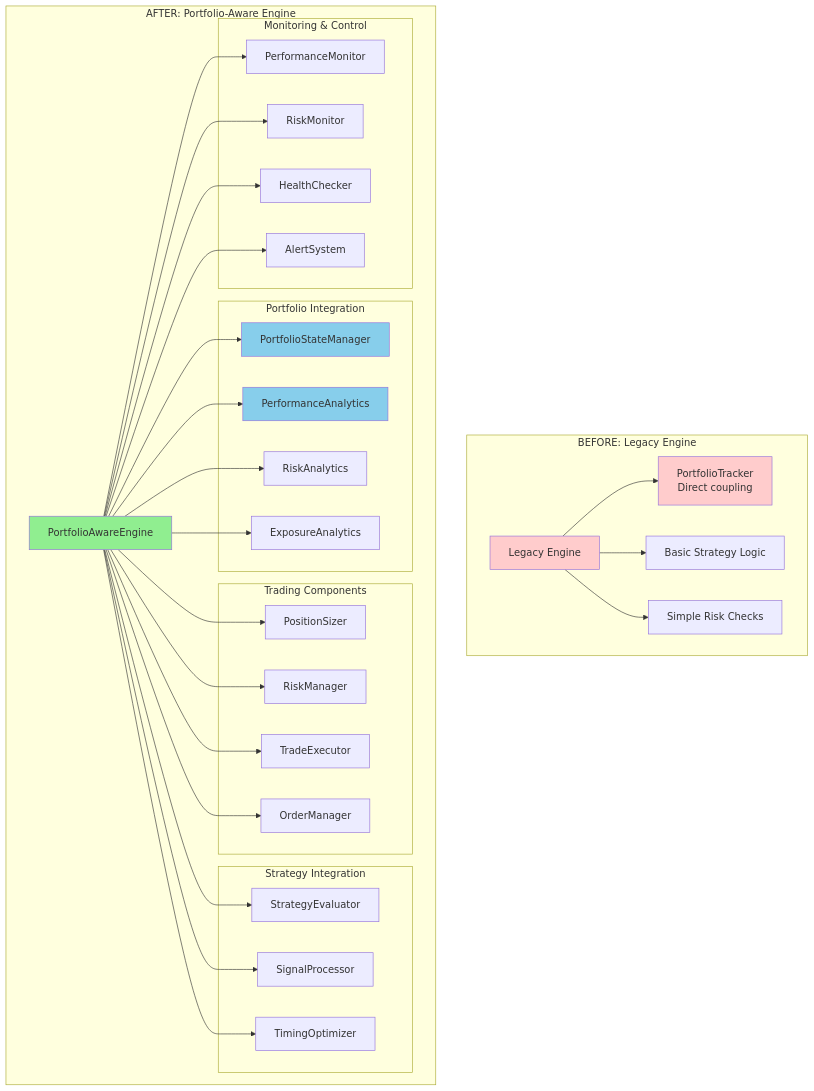
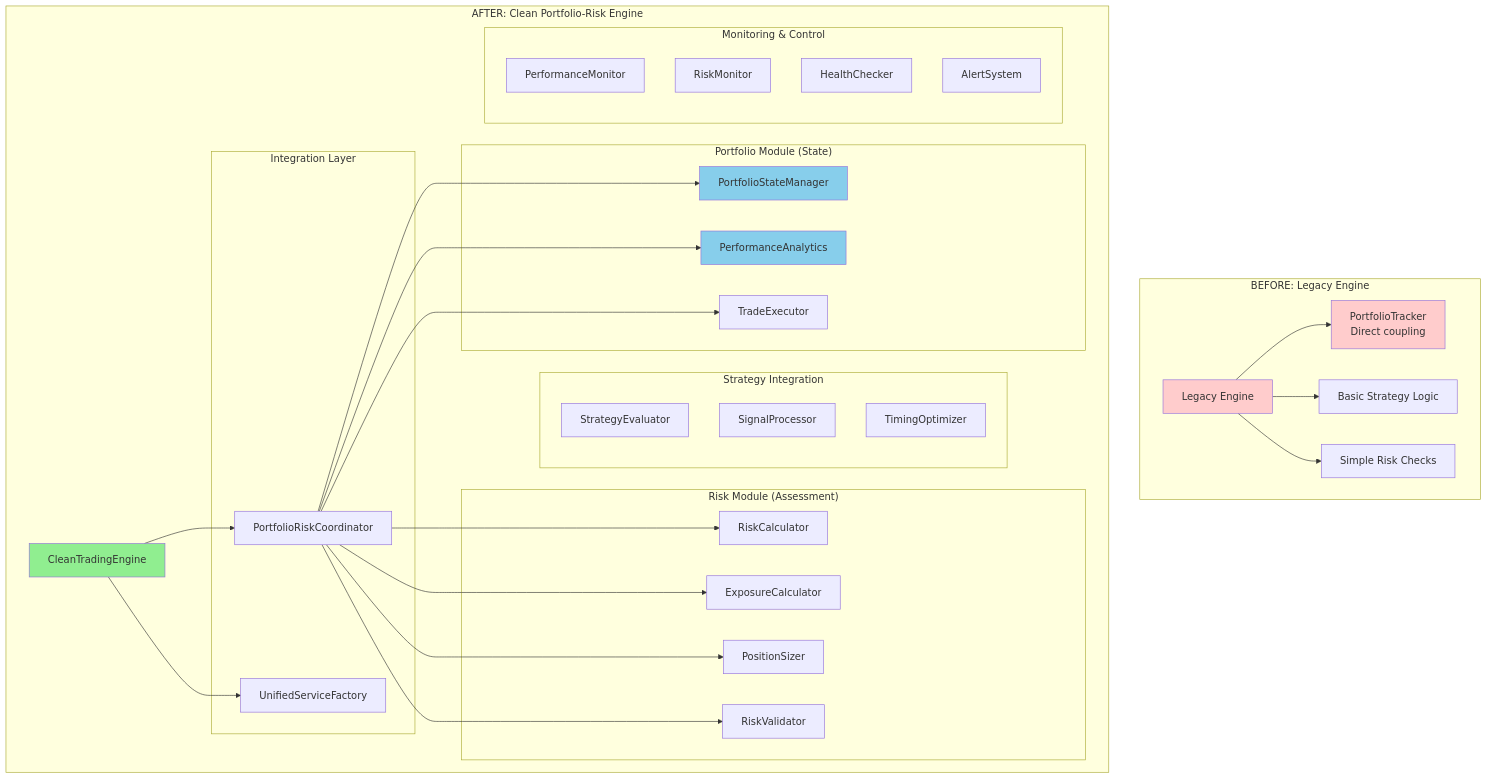
The diagram in workflow/portfolio_tracker_cleanup_refactor/week_05_engine_replacement.md (plataplomo/hummingbot), drawn with Mermaid before and after one commit. The commit also changed other lines of this file and 275 other files, not shown here.

First line of the commit message:
Refactor and enhance portfolio management system with modular architecture (#51)

````diff
--- a/workflow/portfolio_tracker_cleanup_refactor/week_05_engine_replacement.md
+++ b/workflow/portfolio_tracker_cleanup_refactor/week_05_engine_replacement.md
@@ -22,67 +22,66 @@
 ```mermaid
 graph TB
     subgraph "BEFORE: Legacy Engine"
         OLD_ENGINE[Legacy Engine]
         OLD_PT[PortfolioTracker<br/>Direct coupling]
         OLD_STRAT[Basic Strategy Logic]
         OLD_RISK[Simple Risk Checks]
 
         OLD_ENGINE --> OLD_PT
         OLD_ENGINE --> OLD_STRAT
         OLD_ENGINE --> OLD_RISK
 
         style OLD_ENGINE fill:#ffcccc
         style OLD_PT fill:#ffcccc
     end
 
-    subgraph "AFTER: Portfolio-Aware Engine"
-        NEW_ENGINE[PortfolioAwareEngine]
+    subgraph "AFTER: Clean Portfolio-Risk Engine"
+        NEW_ENGINE[CleanTradingEngine]
 
-        subgraph "Portfolio Integration"
+        subgraph "Integration Layer"
+            COORDINATOR[PortfolioRiskCoordinator]
+            UNIFIED_FACTORY[UnifiedServiceFactory]
+        end
+
+        subgraph "Portfolio Module (State)"
             PSM[PortfolioStateManager]
             PERF[PerformanceAnalytics]
-            RISK_A[RiskAnalytics]
-            EXP[ExposureAnalytics]
+            TRADE_EXEC[TradeExecutor]
         end
 
-        subgraph "Trading Components"
+        subgraph "Risk Module (Assessment)"
+            RISK_CALC[RiskCalculator]
+            EXP_CALC[ExposureCalculator]
             POS_SIZER[PositionSizer]
-            RISK_MGR[RiskManager]
-            TRADE_EXEC[TradeExecutor]
-            ORDER_MGR[OrderManager]
+            RISK_VAL[RiskValidator]
         end
 
         subgraph "Strategy Integration"
             STRAT_EVAL[StrategyEvaluator]
             SIGNAL_PROC[SignalProcessor]
             TIMING[TimingOptimizer]
         end
 
         subgraph "Monitoring & Control"
             PERF_MON[PerformanceMonitor]
             RISK_MON[RiskMonitor]
             HEALTH[HealthChecker]
             ALERTS[AlertSystem]
         end
 
-        NEW_ENGINE --> PSM
-        NEW_ENGINE --> PERF
-        NEW_ENGINE --> RISK_A
-        NEW_ENGINE --> EXP
-        NEW_ENGINE --> POS_SIZER
-        NEW_ENGINE --> RISK_MGR
-        NEW_ENGINE --> TRADE_EXEC
-        NEW_ENGINE --> ORDER_MGR
-        NEW_ENGINE --> STRAT_EVAL
-        NEW_ENGINE --> SIGNAL_PROC
-        NEW_ENGINE --> TIMING
-        NEW_ENGINE --> PERF_MON
-        NEW_ENGINE --> RISK_MON
-        NEW_ENGINE --> HEALTH
-        NEW_ENGINE --> ALERTS
+        NEW_ENGINE --> COORDINATOR
+        NEW_ENGINE --> UNIFIED_FACTORY
+
+        COORDINATOR --> PSM
+        COORDINATOR --> PERF
+        COORDINATOR --> TRADE_EXEC
+        COORDINATOR --> RISK_CALC
+        COORDINATOR --> EXP_CALC
+        COORDINATOR --> POS_SIZER
+        COORDINATOR --> RISK_VAL
 
         style NEW_ENGINE fill:#90EE90
         style PSM fill:#87CEEB
         style PERF fill:#87CEEB
     end
 ```
````
